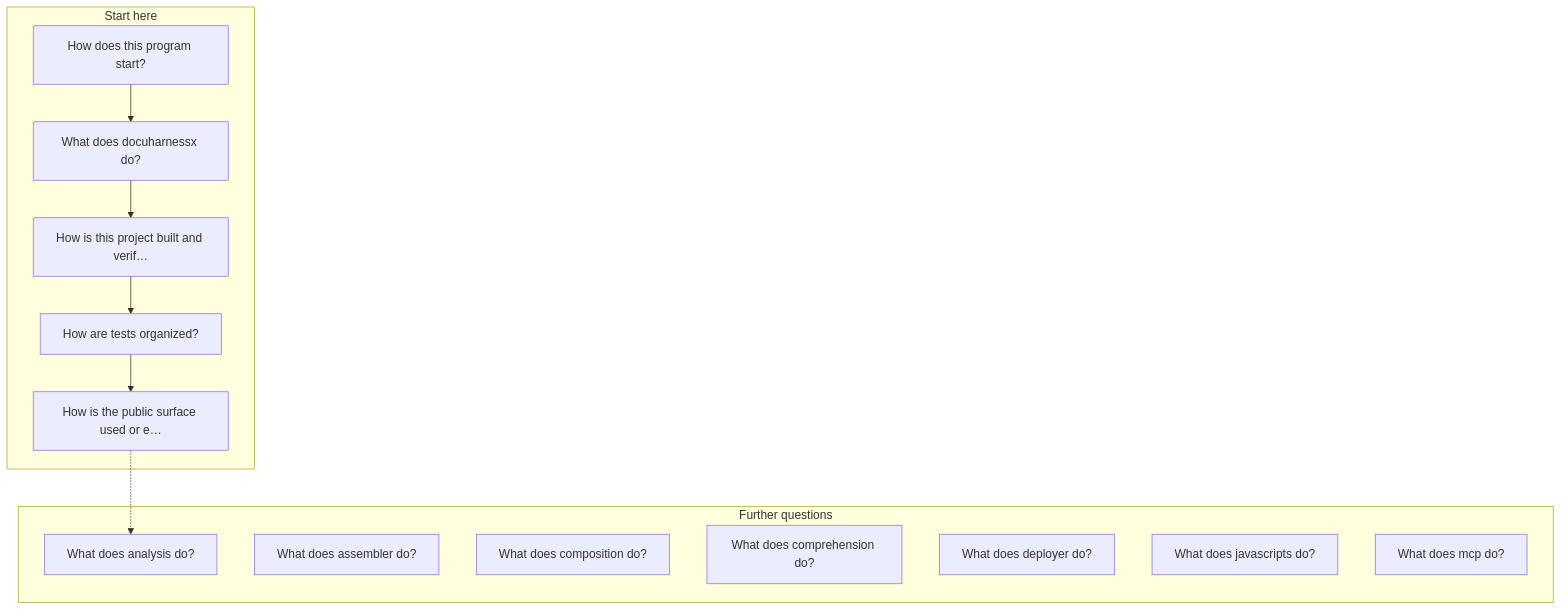
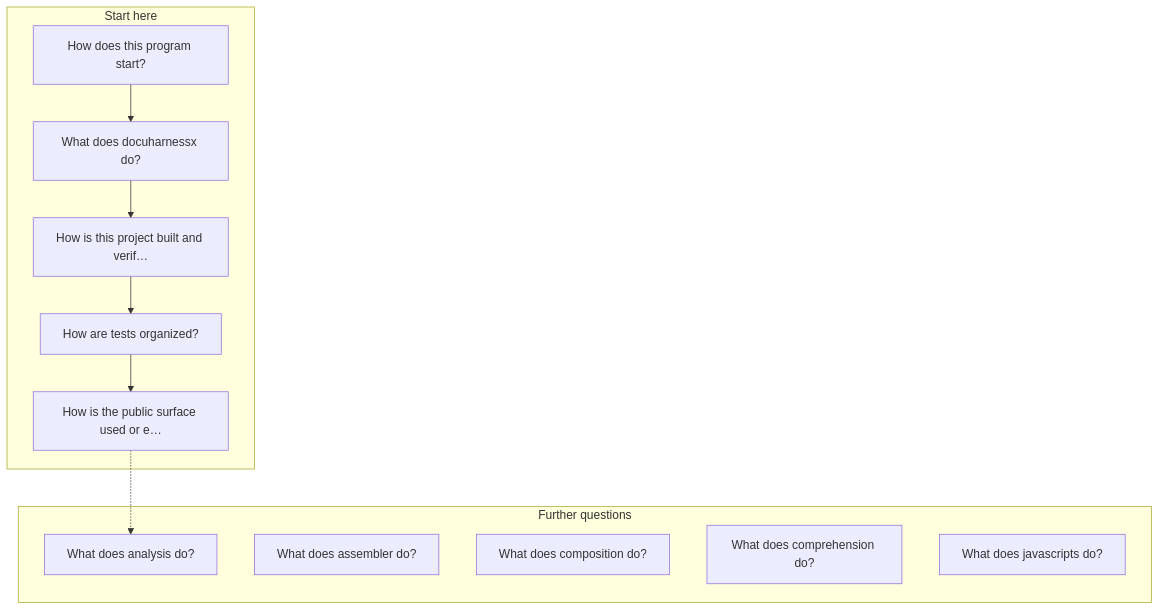
One commit to norandom/DocuHarnessX changed the fifth of 9 diagrams in docs/index.md. Above: the diagram before and after it, drawn with Mermaid. The commit also changed other lines of this file and 2 other files, not shown here.

````diff
--- a/docs/index.md
+++ b/docs/index.md
@@ -139,29 +137,27 @@
 ```mermaid
 flowchart TB
   subgraph start["Start here"]
     s0["How does this program start?"]
     s1["What does docuharnessx do?"]
     s2["How is this project built and verif…"]
     s3["How are tests organized?"]
     s4["How is the public surface used or e…"]
   end
   s0 --> s1
   s1 --> s2
   s2 --> s3
   s3 --> s4
   subgraph more["Further questions"]
     m0["What does analysis do?"]
     m1["What does assembler do?"]
     m2["What does composition do?"]
     m3["What does comprehension do?"]
-    m4["What does deployer do?"]
-    m5["What does javascripts do?"]
-    m6["What does mcp do?"]
+    m4["What does javascripts do?"]
   end
   s4 -.-> m0
   classDef person fill:#E8B923,stroke:#7A5100,color:#1A1300
   classDef system fill:#3D7AEC,stroke:#1E4BB8,color:#FFFFFF
   classDef container fill:#B9D4FE,stroke:#2F62C4,color:#0B1F4A
   classDef external fill:#D5DCE6,stroke:#4A5568,color:#1A202C
   classDef store fill:#7ED4C0,stroke:#0F766E,color:#042F2E
 ```
````
